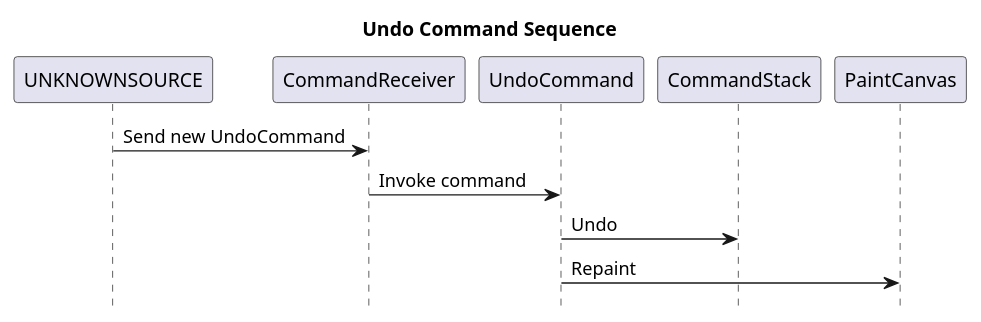
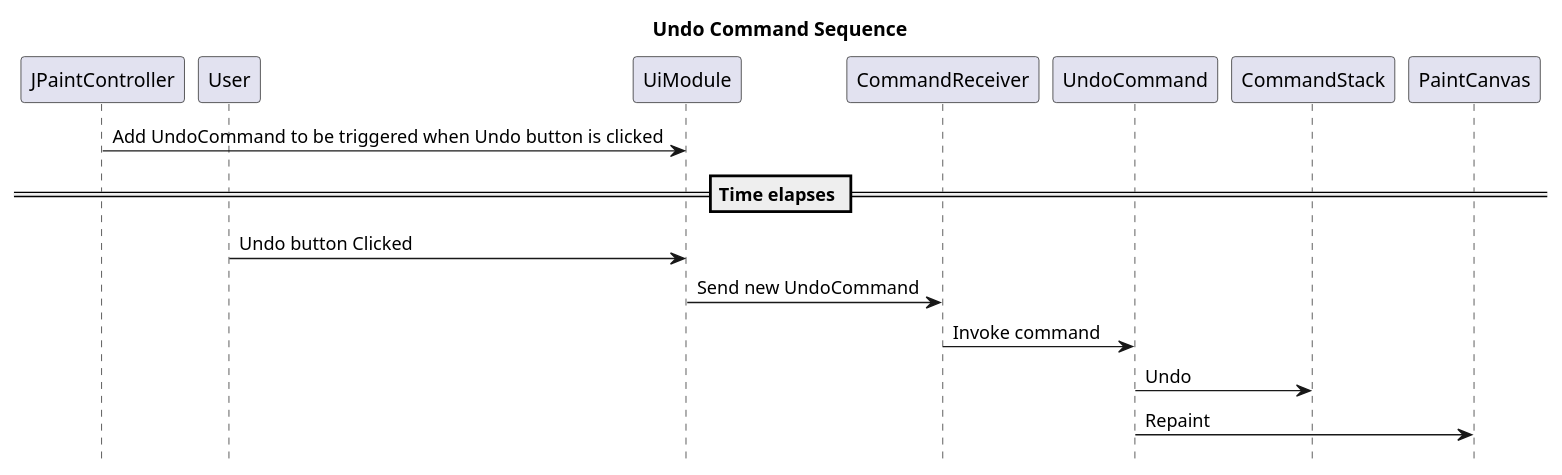
The diagram in documentation/undo command sequence diagram.plantuml (johnsmillie-portfolio/SE450-JPaint), drawn with PlantUML before and after one commit. The commit also changed 1 other file, not shown here.

Commit message:
updated the conceptual sequence diagrams

```diff
--- a/documentation/undo command sequence diagram.plantuml
+++ b/documentation/undo command sequence diagram.plantuml
@@ -1,9 +1,19 @@
 @startuml Command Sequence
 title Undo Command Sequence
 hide footbox
 
-UNKNOWNSOURCE -> CommandReceiver: Send new UndoCommand
+participant User order 10
+participant UiModule order 20
+participant CommandReceiver order 30
+participant UndoCommand order 40
+participant CommandStack order 50
+participant PaintCanvas order 60
+
+JPaintController -> UiModule: Add UndoCommand to be triggered when Undo button is clicked
+== Time elapses ==
+User -> UiModule: Undo button Clicked
+UiModule -> CommandReceiver: Send new UndoCommand
 CommandReceiver -> UndoCommand: Invoke command
 UndoCommand -> CommandStack: Undo
 UndoCommand -> PaintCanvas: Repaint
 @enduml
```
